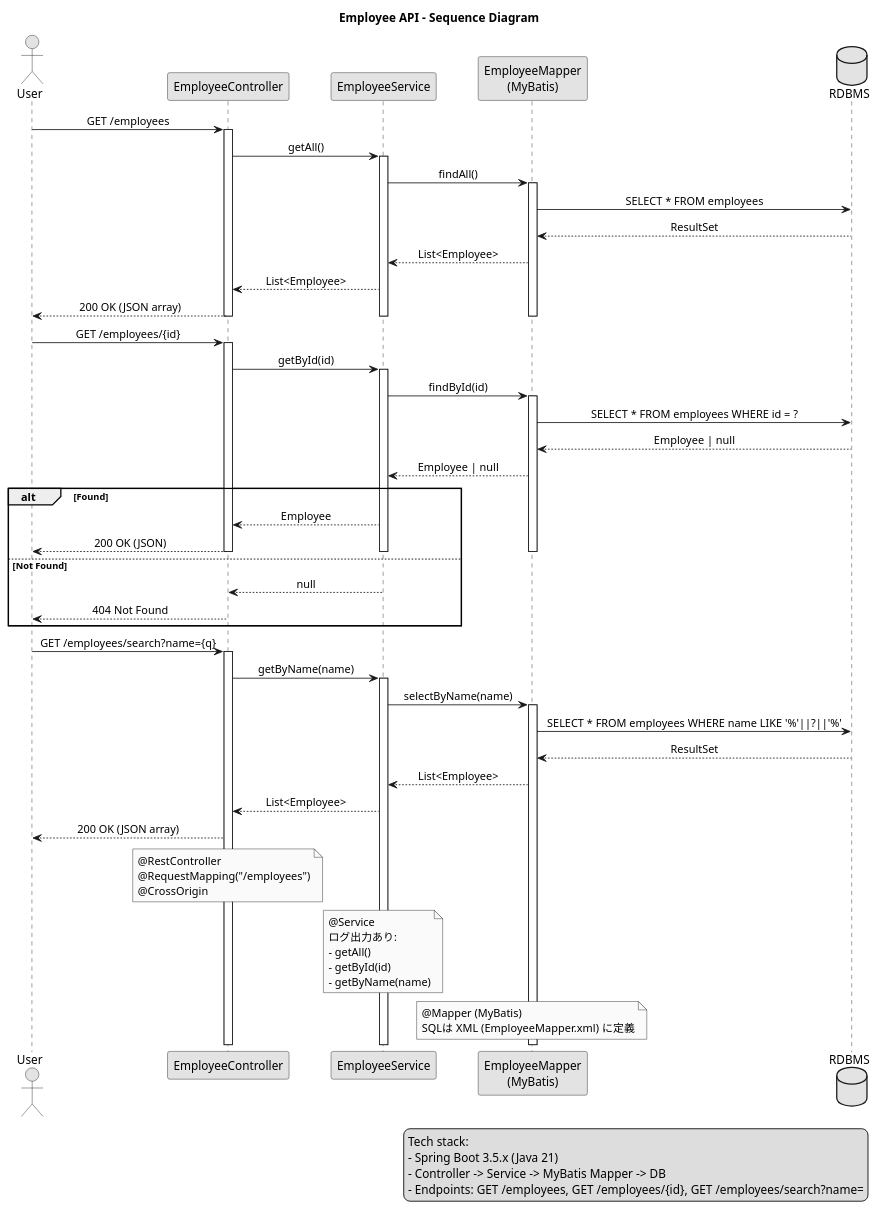
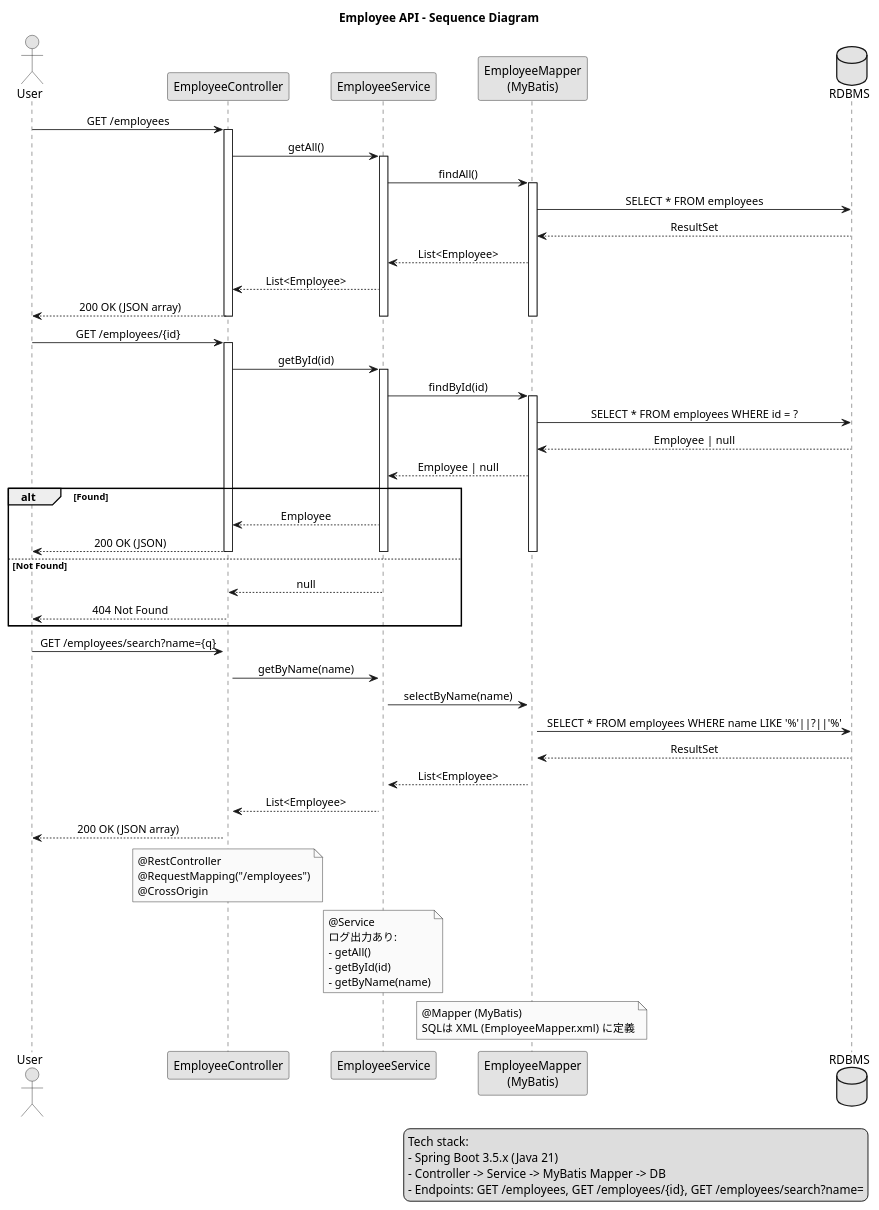
The diagram in document/diagrams/employee-sequence.puml (m-miyawaki-m/hr-api), drawn with PlantUML before and after one commit.

Commit message:
Add UI-side sequence diagram and balance activations in API diagram\n\n- New: document/diagrams/employee-ui-sequence.puml (UserPageJS→API)\n- Update: employee-sequence.puml deactivates in both Found/Not Found branches

```diff
--- a/document/diagrams/employee-sequence.puml
+++ b/document/diagrams/employee-sequence.puml
@@ -1,95 +1,98 @@
 @startuml Employee API Sequence
 ' Title and legend
 skinparam monochrome true
 skinparam participantPadding 20
 skinparam shadowing false
 skinparam ArrowThickness 1
 skinparam sequenceMessageAlign center
 
 title Employee API - Sequence Diagram
 legend right
   Tech stack:
   - Spring Boot 3.5.x (Java 21)
   - Controller -> Service -> MyBatis Mapper -> DB
   - Endpoints: GET /employees, GET /employees/{id}, GET /employees/search?name=
 endlegend
 
 actor User as U
 participant "EmployeeController" as C
 participant "EmployeeService" as S
 participant "EmployeeMapper\n(MyBatis)" as M
 database "RDBMS" as DB
 
 ' ========== GET /employees ==========
 U -> C : GET /employees
 activate C
 C -> S : getAll()
 activate S
 S -> M : findAll()
 activate M
 M -> DB : SELECT * FROM employees
 DB --> M : ResultSet
 M --> S : List<Employee>
 S --> C : List<Employee>
 C --> U : 200 OK (JSON array)
 deactivate M
 deactivate S
 deactivate C
 
 ' ========== GET /employees/{id} ==========
 U -> C : GET /employees/{id}
 activate C
 C -> S : getById(id)
 activate S
 S -> M : findById(id)
 activate M
 M -> DB : SELECT * FROM employees WHERE id = ?
 DB --> M : Employee | null
 M --> S : Employee | null
 alt Found
   S --> C : Employee
   C --> U : 200 OK (JSON)
   deactivate M
   deactivate S
   deactivate C
 else Not Found
   S --> C : null
   C --> U : 404 Not Found
+  deactivate M
+  deactivate S
+  deactivate C
 end
 
 
 
 ' ========== GET /employees/search?name= ==========
 U -> C : GET /employees/search?name={q}
 activate C
 C -> S : getByName(name)
 activate S
 S -> M : selectByName(name)
 activate M
 M -> DB : SELECT * FROM employees WHERE name LIKE '%'||?||'%'
 DB --> M : ResultSet
 M --> S : List<Employee>
 S --> C : List<Employee>
 C --> U : 200 OK (JSON array)
 
 ' Annotations and notes
 note over C
   @RestController
   @RequestMapping("/employees")
   @CrossOrigin
 end note
 
 note over S
   @Service
   ログ出力あり:
   - getAll()
   - getById(id)
   - getByName(name)
 end note
 
 note over M
   @Mapper (MyBatis)
   SQLは XML (EmployeeMapper.xml) に定義
 end note
 
 @enduml
```
